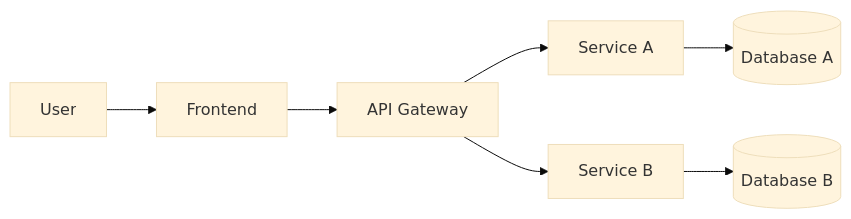
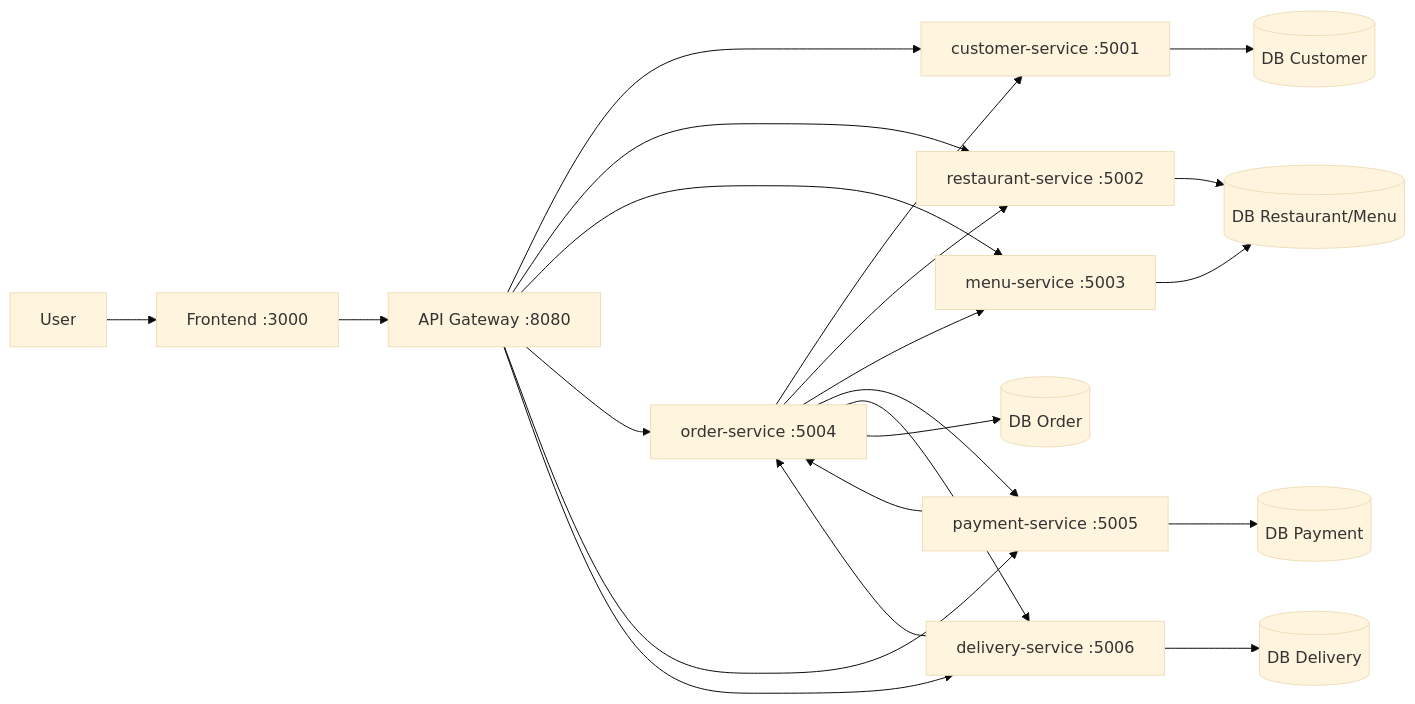
One commit to Ahnguyen89/Test- changed the first of 2 diagrams in docs/architecture.md. Above: the diagram before and after it, drawn with Mermaid (base theme). The commit also changed other lines of this file, not shown here.

Commit message:
Complete architecture document for food ordering microservices

````diff
--- a/docs/architecture.md
+++ b/docs/architecture.md
@@ -65,9 +84,42 @@
 ```mermaid
 graph LR
-    U[User] --> FE[Frontend]
-    FE --> GW[API Gateway]
-    GW --> SA[Service A]
-    GW --> SB[Service B]
-    SA --> DB1[(Database A)]
-    SB --> DB2[(Database B)]
+    U[User]
+    FE[Frontend :3000]
+    GW[API Gateway :8080]
+
+    CS[customer-service :5001]
+    RS[restaurant-service :5002]
+    MS[menu-service :5003]
+    OS[order-service :5004]
+    PS[payment-service :5005]
+    DS[delivery-service :5006]
+
+    DBC[(DB Customer)]
+    DBRM[(DB Restaurant/Menu)]
+    DBO[(DB Order)]
+    DBP[(DB Payment)]
+    DBD[(DB Delivery)]
+
+    U --> FE --> GW
+    GW --> CS
+    GW --> RS
+    GW --> MS
+    GW --> OS
+    GW --> PS
+    GW --> DS
+
+    OS --> CS
+    OS --> RS
+    OS --> MS
+    OS --> PS
+    OS --> DS
+    PS --> OS
+    DS --> OS
+
+    CS --> DBC
+    RS --> DBRM
+    MS --> DBRM
+    OS --> DBO
+    PS --> DBP
+    DS --> DBD
 ```
````
